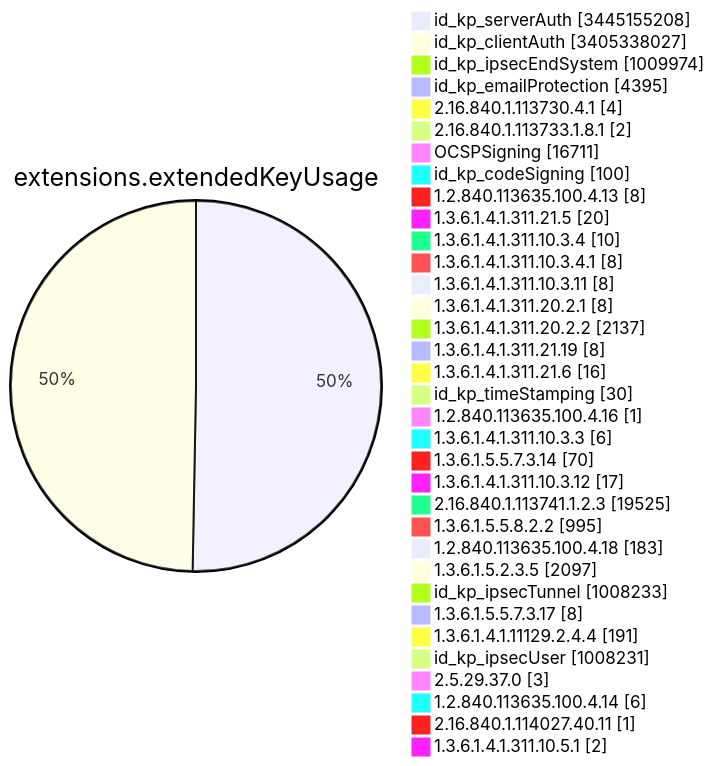
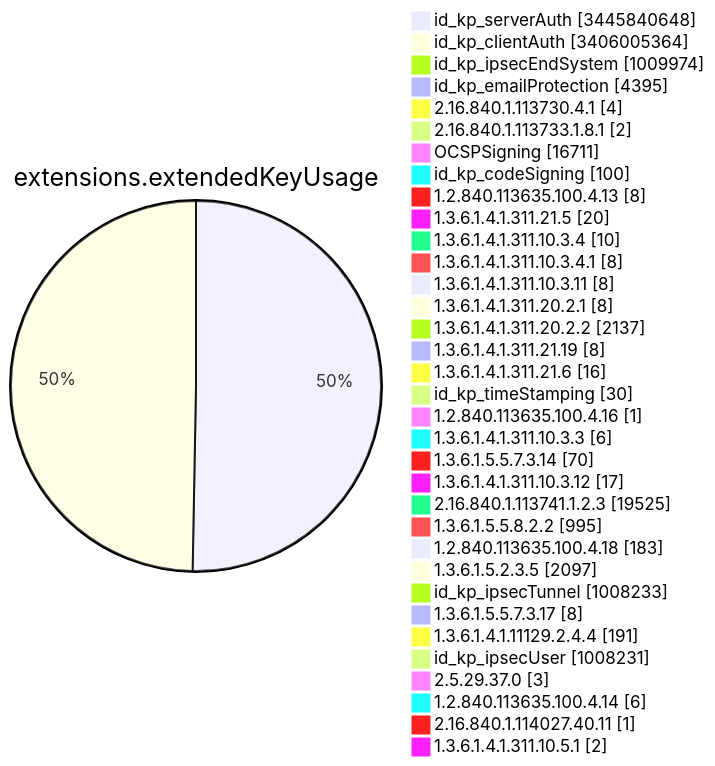
Diagram 11 of 15 in TOTAL/README.md (christiankrug/ctmonitor_visualization), drawn with Mermaid before and after one commit. The commit also changed other lines of this file, not shown here.

````diff
--- a/TOTAL/README.md
+++ b/TOTAL/README.md
@@ -4123,38 +4123,38 @@
 ```mermaid
 pie showData
 title extensions.extendedKeyUsage
-"id_kp_serverAuth" :3445155208
-"id_kp_clientAuth" :3405338027
+"id_kp_serverAuth" :3445840648
+"id_kp_clientAuth" :3406005364
 "id_kp_ipsecEndSystem" :1009974
 "id_kp_emailProtection" :4395
 "2.16.840.1.113730.4.1" :4
 "2.16.840.1.113733.1.8.1" :2
 "OCSPSigning" :16711
 "id_kp_codeSigning" :100
 "1.2.840.113635.100.4.13" :8
 "1.3.6.1.4.1.311.21.5" :20
 "1.3.6.1.4.1.311.10.3.4" :10
 "1.3.6.1.4.1.311.10.3.4.1" :8
 "1.3.6.1.4.1.311.10.3.11" :8
 "1.3.6.1.4.1.311.20.2.1" :8
 "1.3.6.1.4.1.311.20.2.2" :2137
 "1.3.6.1.4.1.311.21.19" :8
 "1.3.6.1.4.1.311.21.6" :16
 "id_kp_timeStamping" :30
 "1.2.840.113635.100.4.16" :1
 "1.3.6.1.4.1.311.10.3.3" :6
 "1.3.6.1.5.5.7.3.14" :70
 "1.3.6.1.4.1.311.10.3.12" :17
 "2.16.840.1.113741.1.2.3" :19525
 "1.3.6.1.5.5.8.2.2" :995
 "1.2.840.113635.100.4.18" :183
 "1.3.6.1.5.2.3.5" :2097
 "id_kp_ipsecTunnel" :1008233
 "1.3.6.1.5.5.7.3.17" :8
 "1.3.6.1.4.1.11129.2.4.4" :191
 "id_kp_ipsecUser" :1008231
 "2.5.29.37.0" :3
 "1.2.840.113635.100.4.14" :6
 "2.16.840.1.114027.40.11" :1
 "1.3.6.1.4.1.311.10.5.1" :2
 ```
````
